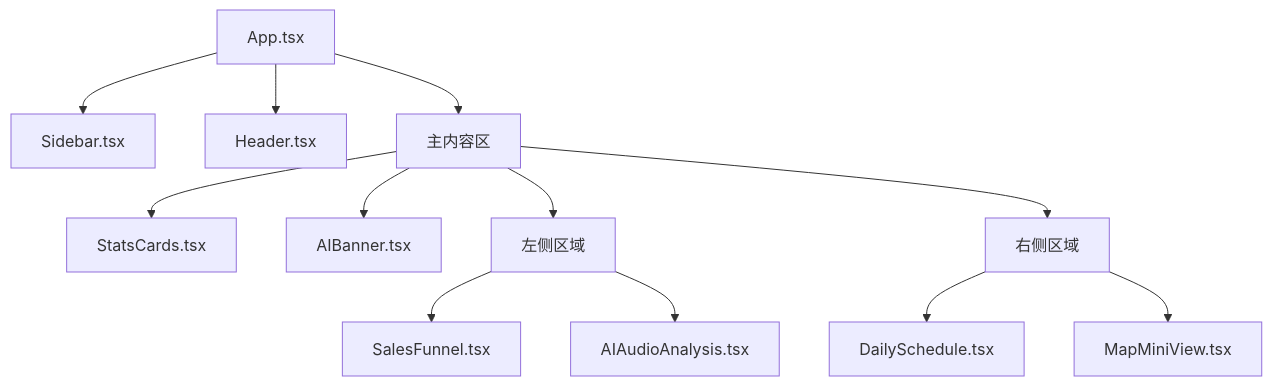
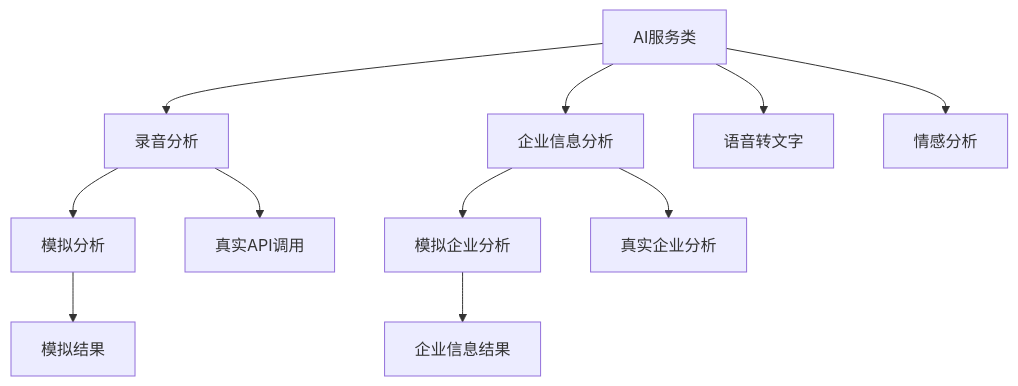
The eighth of 12 diagrams in .qoder/repowiki/zh/content/架构设计/技术栈架构.md (xianjianshenqu/SalesFlow-CRM), drawn with Mermaid before and after one commit. The commit also changed other lines of this file and 17 other files, not shown here.

````diff
--- a/.qoder/repowiki/zh/content/架构设计/技术栈架构.md
+++ b/.qoder/repowiki/zh/content/架构设计/技术栈架构.md
@@ -242,14 +267,13 @@
 ```mermaid
-graph TB
-APP["App.tsx"] --> SB["Sidebar.tsx"]
-APP --> HD["Header.tsx"]
-APP --> MC["主内容区"]
-MC --> SC["StatsCards.tsx"]
-MC --> AB["AIBanner.tsx"]
-MC --> LC["左侧区域"]
-LC --> SF["SalesFunnel.tsx"]
-LC --> AA["AIAudioAnalysis.tsx"]
-MC --> RC["右侧区域"]
-RC --> DS["DailySchedule.tsx"]
-RC --> MV["MapMiniView.tsx"]
+flowchart TD
+AIService["AI服务类"] --> Recording["录音分析"]
+AIService --> Company["企业信息分析"]
+AIService --> Transcription["语音转文字"]
+AIService --> Sentiment["情感分析"]
+Recording --> Mock["模拟分析"]
+Recording --> RealAPI["真实API调用"]
+Company --> MockCompany["模拟企业分析"]
+Company --> RealCompany["真实企业分析"]
+Mock --> Result["模拟结果"]
+MockCompany --> CompanyResult["企业信息结果"]
 ```
````
